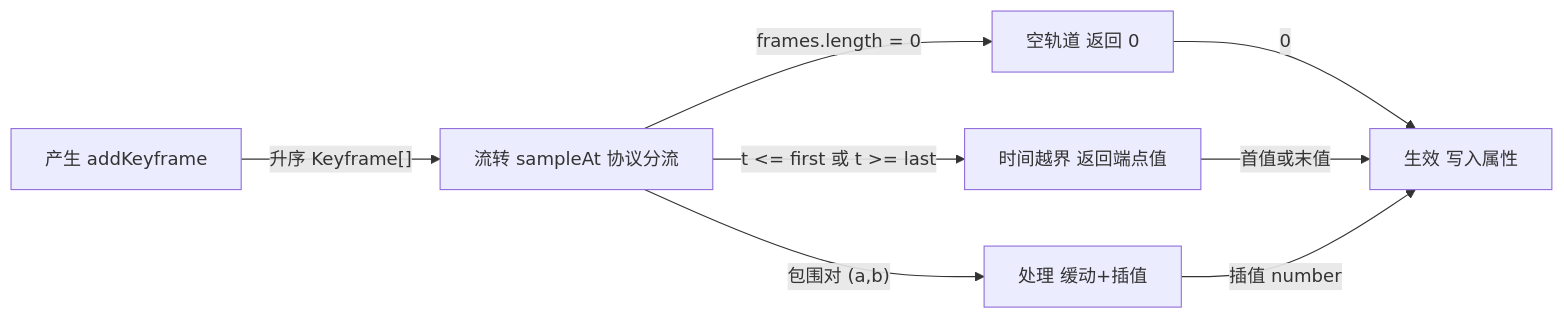
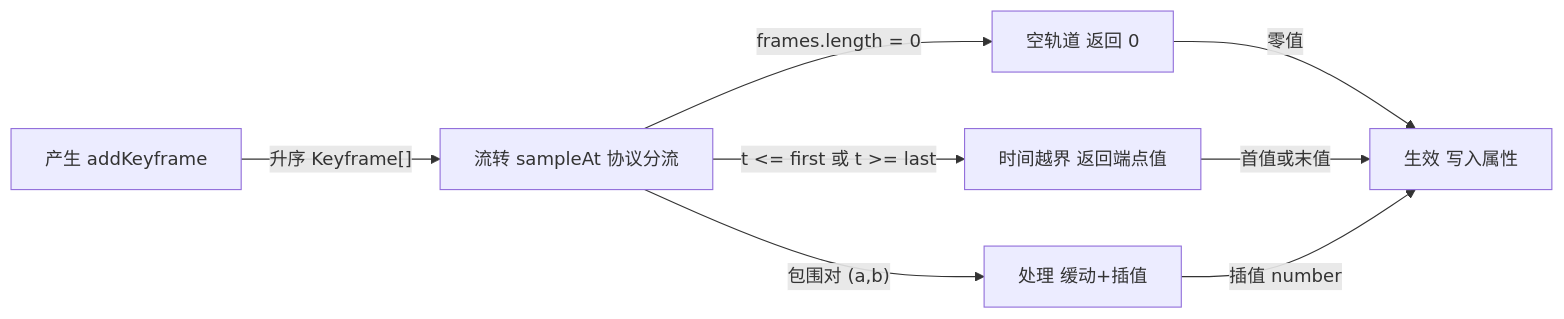
One commit to ironbob/DesignSKills changed the first of 3 diagrams in skills/tech-mechanism-analysis/examples/2026-07-23-example-analysis.md. Above: the diagram before and after it, drawn with Mermaid. The commit also changed other lines of this file and 19 other files, not shown here.

Commit message:
feat: require validated mechanism diagrams

````diff
--- a/skills/tech-mechanism-analysis/examples/2026-07-23-example-analysis.md
+++ b/skills/tech-mechanism-analysis/examples/2026-07-23-example-analysis.md
@@ -89,16 +46,16 @@
 ```mermaid
 flowchart LR
   produce["产生 addKeyframe"]
   flow["流转 sampleAt 协议分流"]
   empty_default["空轨道 返回 0"]
   boundary_clamp["时间越界 返回端点值"]
   process["处理 缓动+插值"]
   effect["生效 写入属性"]
   produce -->|"升序 Keyframe[]"| flow
   flow -->|"frames.length = 0"| empty_default
   flow -->|"t <= first 或 t >= last"| boundary_clamp
   flow -->|"包围对 (a,b)"| process
-  empty_default -->|"0"| effect
+  empty_default -->|"零值"| effect
   boundary_clamp -->|"首值或末值"| effect
   process -->|"插值 number"| effect
 ```
````
